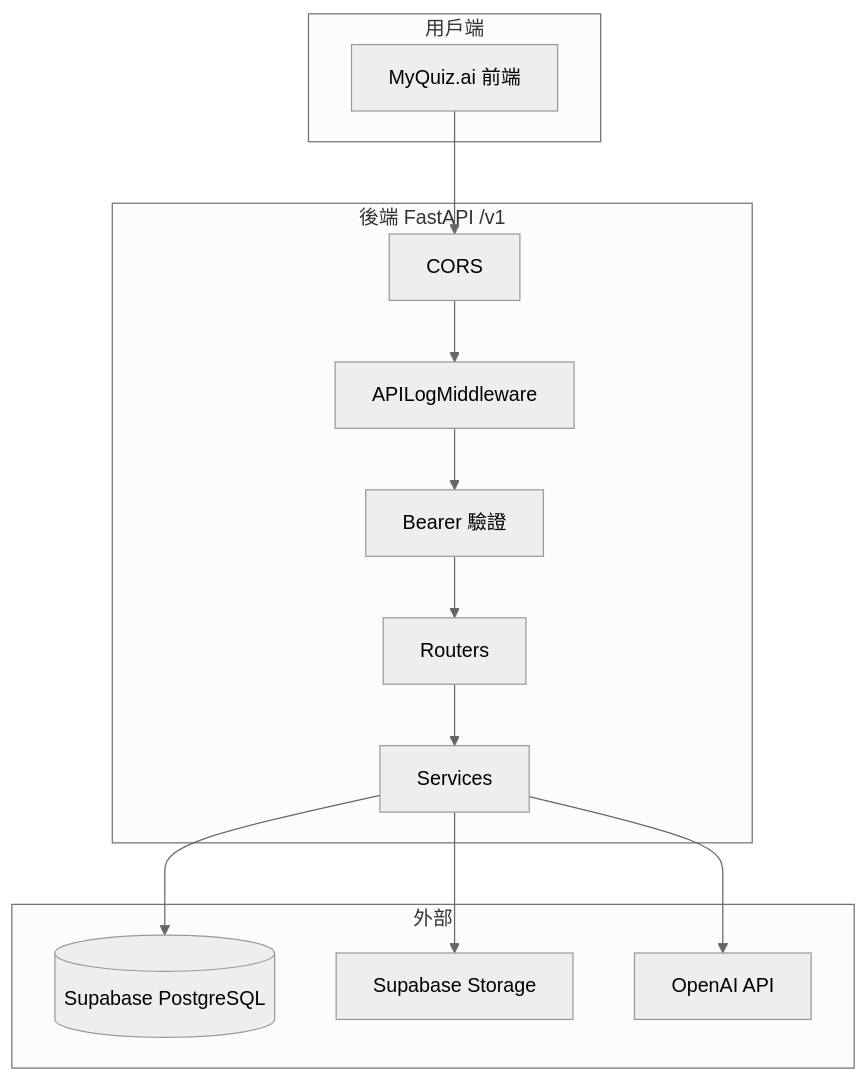
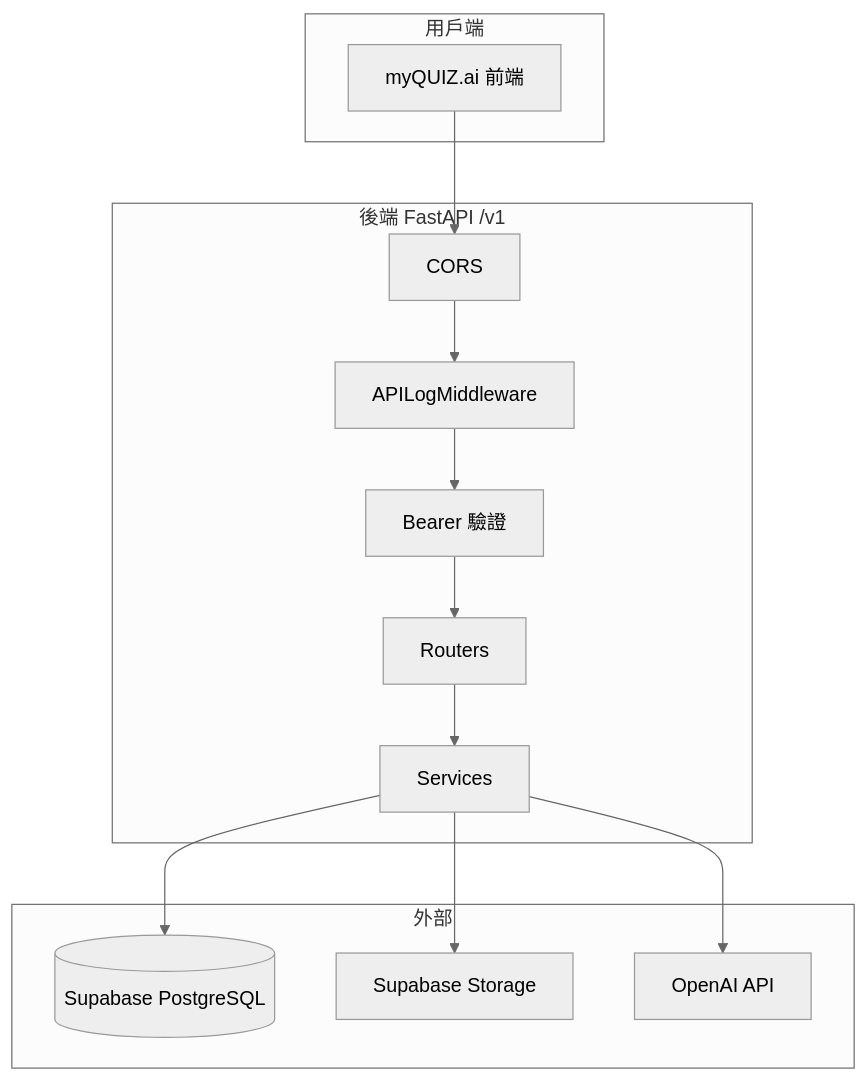
Before and after one commit to kevin7261/MyQuiz-ai-backend: the first of 6 diagrams in README.md, drawn with Mermaid (neutral theme). The commit also changed other lines of this file and 3 other files, not shown here.

````diff
--- a/README.md
+++ b/README.md
@@ -166,22 +166,22 @@
 ```mermaid
 flowchart TB
     subgraph Client["用戶端"]
-        FE["MyQuiz.ai 前端"]
+        FE["myQUIZ.ai 前端"]
     end
     subgraph Backend["後端 FastAPI /v1"]
         CORS["CORS"]
         LOG["APILogMiddleware"]
         AUTH["Bearer 驗證"]
         ROUTERS["Routers"]
         SERVICES["Services"]
     end
     subgraph External["外部"]
         PG[("Supabase PostgreSQL")]
         ST["Supabase Storage"]
         OAI["OpenAI API"]
     end
     FE --> CORS --> LOG --> AUTH --> ROUTERS --> SERVICES
     SERVICES --> PG
     SERVICES --> ST
     SERVICES --> OAI
 ```
````
